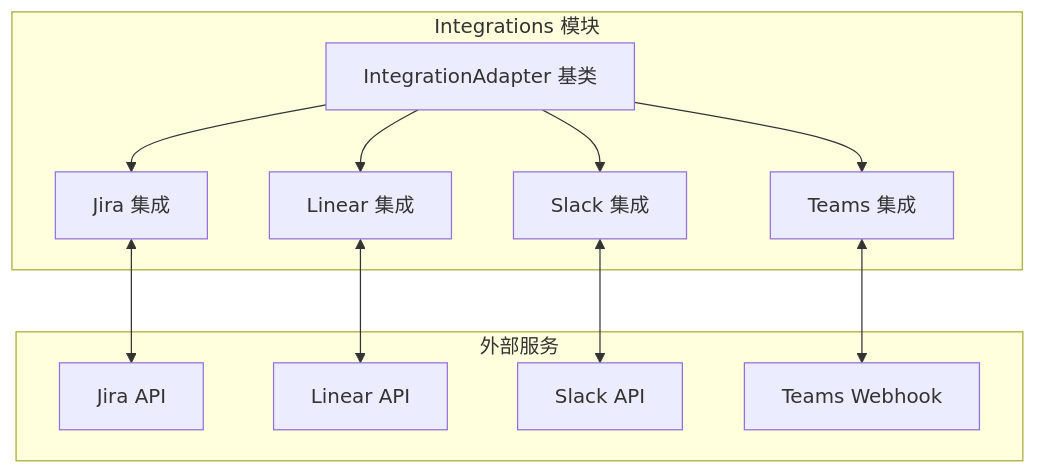
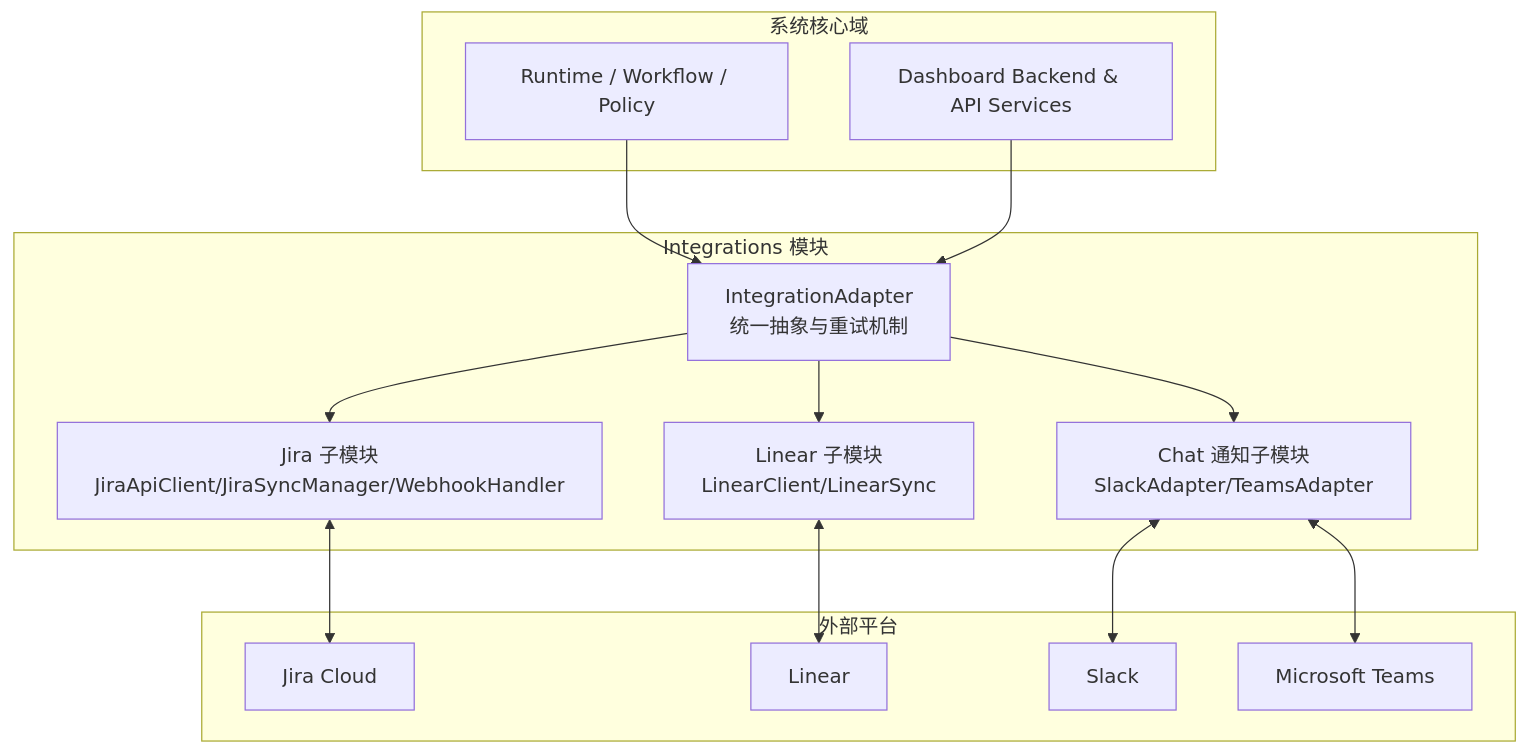
Before and after one commit to nerdneilsfield/code-wiki-pages: the first of 3 diagrams in public/loki-mode-docs/Integrations.md, drawn with Mermaid. The commit also changed other lines of this file and 399 other files, not shown here.

````diff
--- a/public/loki-mode-docs/Integrations.md
+++ b/public/loki-mode-docs/Integrations.md
@@ -17,27 +29,32 @@
 ```mermaid
 graph TB
-    subgraph "Integrations 模块"
-        Adapter[IntegrationAdapter 基类]
-        Jira[Jira 集成]
-        Linear[Linear 集成]
-        Slack[Slack 集成]
-        Teams[Teams 集成]
+    subgraph Core[系统核心域]
+      A[Runtime / Workflow / Policy]
+      B[Dashboard Backend & API Services]
     end
-    
-    subgraph "外部服务"
-        JiraAPI[Jira API]
-        LinearAPI[Linear API]
-        SlackAPI[Slack API]
-        TeamsAPI[Teams Webhook]
+
+    subgraph Integrations[Integrations 模块]
+      IA[IntegrationAdapter\n统一抽象与重试机制]
+      J[Jira 子模块\nJiraApiClient/JiraSyncManager/WebhookHandler]
+      L[Linear 子模块\nLinearClient/LinearSync]
+      C[Chat 通知子模块\nSlackAdapter/TeamsAdapter]
     end
-    
-    Adapter --> Jira
-    Adapter --> Linear
-    Adapter --> Slack
-    Adapter --> Teams
-    
-    Jira <--> JiraAPI
-    Linear <--> LinearAPI
-    Slack <--> SlackAPI
-    Teams <--> TeamsAPI
+
+    subgraph External[外部平台]
+      EJ[Jira Cloud]
+      EL[Linear]
+      ES[Slack]
+      ET[Microsoft Teams]
+    end
+
+    A --> IA
+    B --> IA
+    IA --> J
+    IA --> L
+    IA --> C
+
+    J <--> EJ
+    L <--> EL
+    C <--> ES
+    C <--> ET
 ```
````
